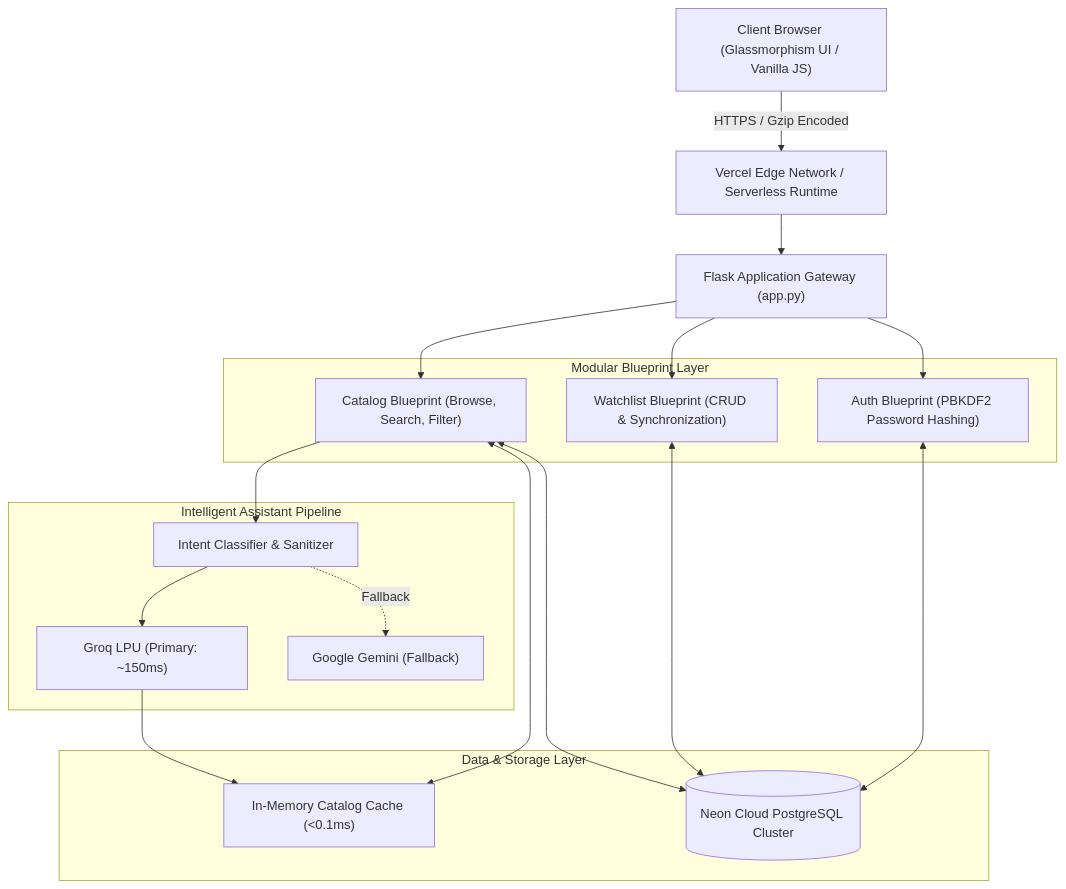
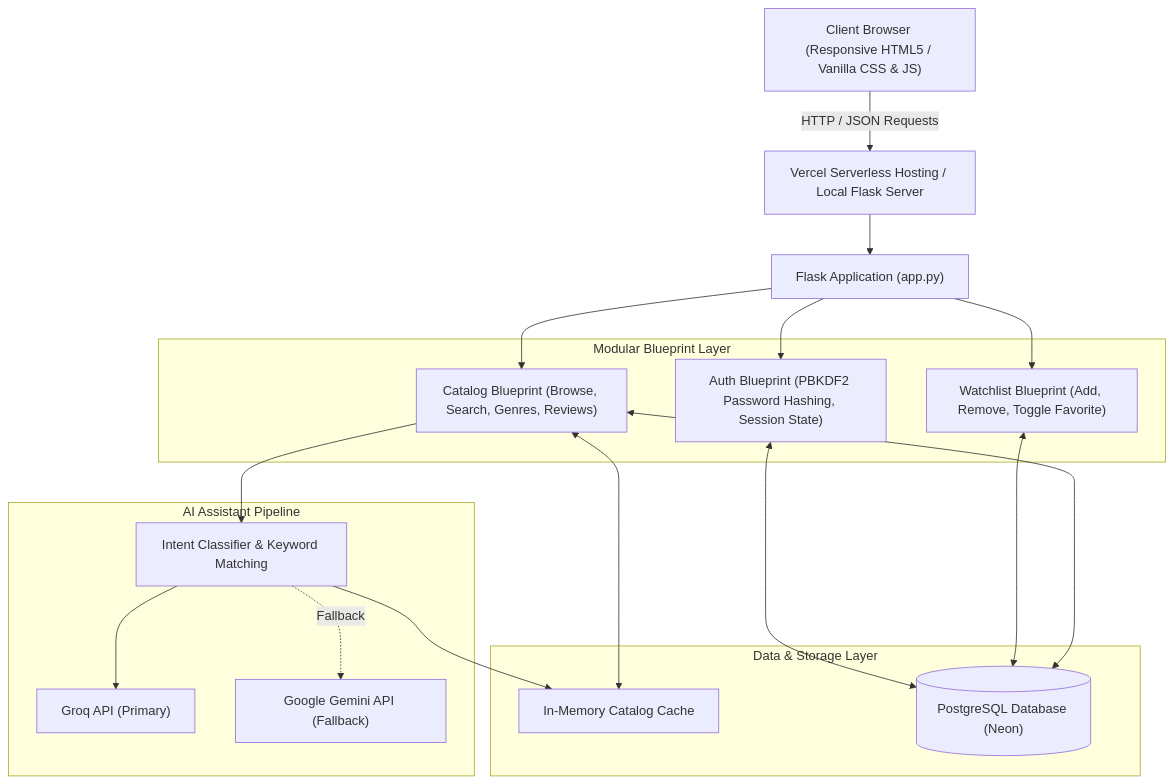
One commit to Spidey173/ChibiBytes changed the diagram in README.md. Above: the diagram before and after it, drawn with Mermaid. The commit also changed other lines of this file, not shown here.

Commit message:
docs: ground technical claims and refine architecture documentation

````diff
--- a/README.md
+++ b/README.md
@@ -48,39 +49,39 @@
 ```mermaid
 graph TD
-    Client["Client Browser (Glassmorphism UI / Vanilla JS)"]
-    Edge["Vercel Edge Network / Serverless Runtime"]
-    Flask["Flask Application Gateway (app.py)"]
+    Client["Client Browser (Responsive HTML5 / Vanilla CSS & JS)"]
+    Edge["Vercel Serverless Hosting / Local Flask Server"]
+    Flask["Flask Application (app.py)"]
 
     subgraph Blueprints ["Modular Blueprint Layer"]
-        AuthBP["Auth Blueprint (PBKDF2 Password Hashing)"]
-        CatalogBP["Catalog Blueprint (Browse, Search, Filter)"]
-        WatchlistBP["Watchlist Blueprint (CRUD & Synchronization)"]
+        AuthBP["Auth Blueprint (PBKDF2 Password Hashing, Session State)"]
+        CatalogBP["Catalog Blueprint (Browse, Search, Genres, Reviews)"]
+        WatchlistBP["Watchlist Blueprint (Add, Remove, Toggle Favorite)"]
     end
 
-    subgraph CachingAndData ["Data & Storage Layer"]
-        MemCache["In-Memory Catalog Cache (<0.1ms)"]
-        NeonDB[("Neon Cloud PostgreSQL Cluster")]
+    subgraph DataLayer ["Data & Storage Layer"]
+        MemCache["In-Memory Catalog Cache"]
+        PostgresDB[("PostgreSQL Database (Neon)")]
     end
 
-    subgraph AIEngine ["Intelligent Assistant Pipeline"]
-        IntentRouter["Intent Classifier & Sanitizer"]
-        Groq["Groq LPU (Primary: ~150ms)"]
-        Gemini["Google Gemini (Fallback)"]
+    subgraph AIAssistant ["AI Assistant Pipeline"]
+        IntentRouter["Intent Classifier & Keyword Matching"]
+        Groq["Groq API (Primary)"]
+        Gemini["Google Gemini API (Fallback)"]
     end
 
-    Client -->|HTTPS / Gzip Encoded| Edge
+    Client -->|HTTP / JSON Requests| Edge
     Edge --> Flask
     Flask --> AuthBP
     Flask --> CatalogBP
     Flask --> WatchlistBP
 
     CatalogBP <--> MemCache
-    AuthBP <--> NeonDB
-    WatchlistBP <--> NeonDB
-    CatalogBP <--> NeonDB
+    AuthBP <--> PostgresDB
+    WatchlistBP <--> PostgresDB
+    CatalogBP <--> PostgresDB
 
     CatalogBP --> IntentRouter
     IntentRouter --> Groq
     IntentRouter -.->|Fallback| Gemini
-    Groq --> MemCache
+    IntentRouter --> MemCache
 ```
````
